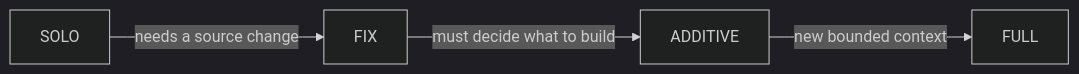
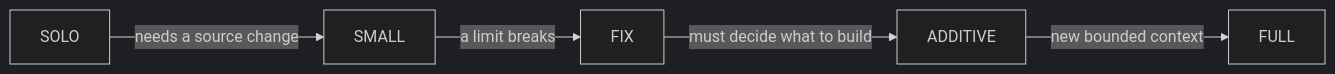
One commit to geopjinfo/builder-pipeline changed the second of 9 diagrams in GUIDE.md. Above: the diagram before and after it, drawn with Mermaid (dark theme). The commit also changed other lines of this file and 15 other files, not shown here.

````diff
--- a/GUIDE.md
+++ b/GUIDE.md
@@ -98,6 +99,7 @@
 ```mermaid
 flowchart LR
-    SOLO["SOLO"] -->|"needs a source change"| FIX["FIX"]
+    SOLO["SOLO"] -->|"needs a source change"| SMALL["SMALL"]
+    SMALL -->|"a limit breaks"| FIX["FIX"]
     FIX -->|"must decide what to build"| ADD["ADDITIVE"]
     ADD -->|"new bounded context"| FULL["FULL"]
 ```
````
